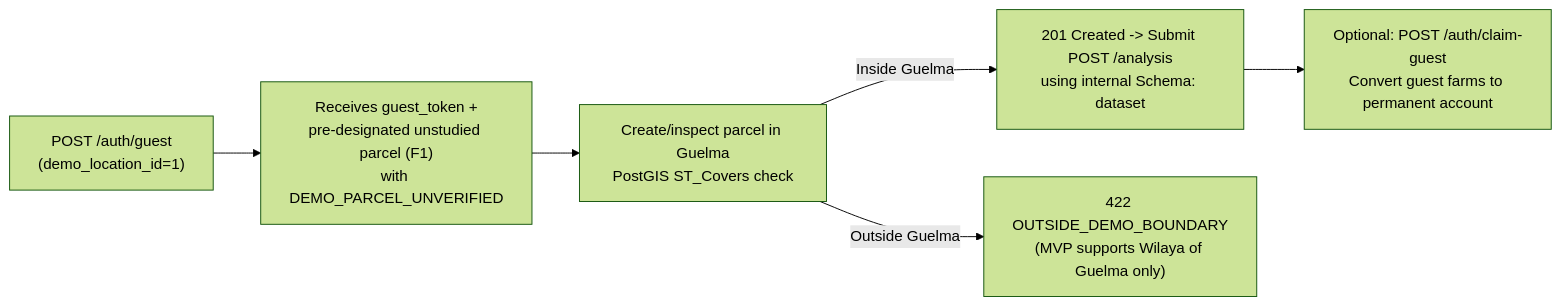
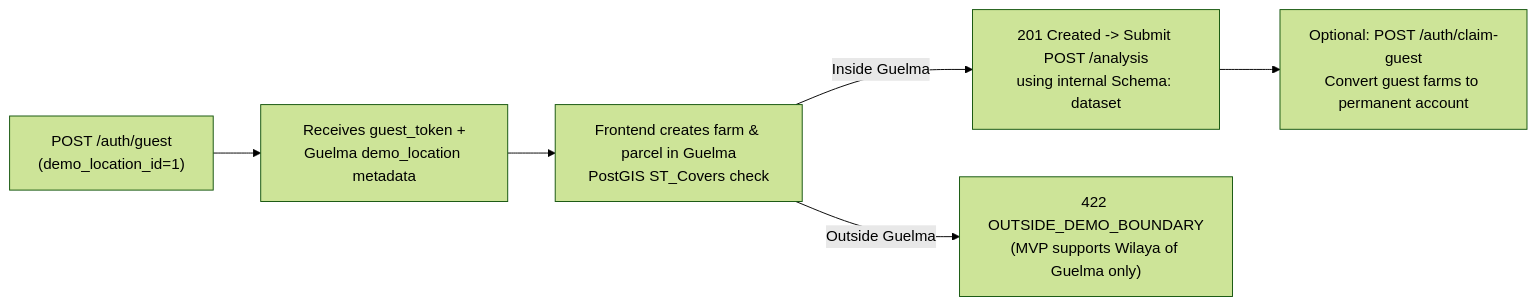
Before and after one commit to Sidali-Djeghbal/Fellahtech-fieldshift-planner: the fourth of 4 diagrams in SYSTEM DESGIN/SYSTEM DESGIN/System Architecture Blueprint.md, drawn with Mermaid (forest theme). The commit also changed other lines of this file and 12 other files, not shown here.

Commit message:
spec(impl-023): remove backend default_parcel stubs while keeping Guelma boundary

````diff
--- a/SYSTEM DESGIN/SYSTEM DESGIN/System Architecture Blueprint.md
+++ b/SYSTEM DESGIN/SYSTEM DESGIN/System Architecture Blueprint.md
@@ -232,8 +232,8 @@
 ```mermaid
 flowchart LR
-    G1["POST /auth/guest\n(demo_location_id=1)"] --> G2["Receives guest_token +\npre-designated unstudied parcel (F1)\nwith DEMO_PARCEL_UNVERIFIED"]
-    G2 --> G3["Create/inspect parcel in Guelma\nPostGIS ST_Covers check"]
+    G1["POST /auth/guest\n(demo_location_id=1)"] --> G2["Receives guest_token +\nGuelma demo_location metadata"]
+    G2 --> G3["Frontend creates farm & parcel in Guelma\nPostGIS ST_Covers check"]
     G3 -->|Inside Guelma| G4["201 Created -> Submit POST /analysis\nusing internal Schema: dataset"]
     G3 -->|Outside Guelma| G5["422 OUTSIDE_DEMO_BOUNDARY\n(MVP supports Wilaya of Guelma only)"]
     G4 --> G6["Optional: POST /auth/claim-guest\nConvert guest farms to permanent account"]
 ```
````
